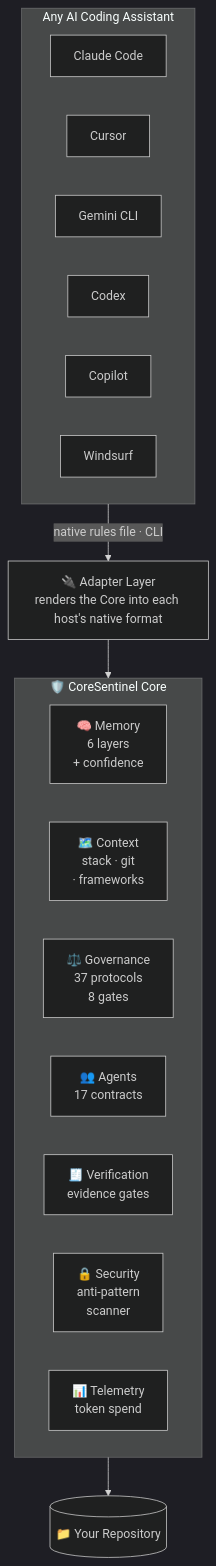
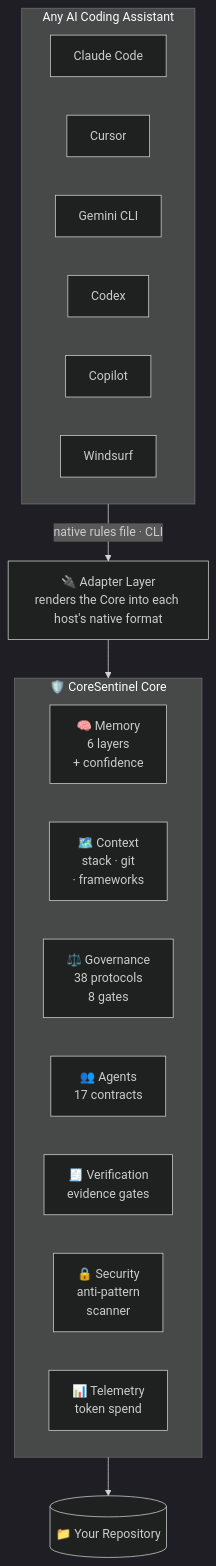
One commit to wafazz/CoreSentinel changed the first of 2 diagrams in README.md. Above: the diagram before and after it, drawn with Mermaid (dark theme). The commit also changed other lines of this file and 4 other files, not shown here.

````diff
--- a/README.md
+++ b/README.md
@@ -61,31 +61,31 @@
 ```mermaid
 flowchart TB
     subgraph Hosts[" Any AI Coding Assistant "]
         direction LR
         H1["Claude Code"]
         H2["Cursor"]
         H3["Gemini CLI"]
         H4["Codex"]
         H5["Copilot"]
         H6["Windsurf"]
     end
 
     Hosts -->|"native rules file · CLI"| Adapter
 
     Adapter["🔌 Adapter Layer<br/>renders the Core into each host's native format"]
 
     Adapter --> Core
 
     subgraph Core[" 🛡️ CoreSentinel Core "]
         direction LR
         M["🧠 Memory<br/>6 layers<br/>+ confidence"]
         C["🗺️ Context<br/>stack · git<br/>· frameworks"]
-        G["⚖️ Governance<br/>37 protocols<br/>8 gates"]
+        G["⚖️ Governance<br/>38 protocols<br/>8 gates"]
         A["👥 Agents<br/>17 contracts"]
         V["🧾 Verification<br/>evidence gates"]
         S["🔒 Security<br/>anti-pattern<br/>scanner"]
         T["📊 Telemetry<br/>token spend"]
     end
 
     Core --> Repo[("📁 Your Repository")]
 ```
````
